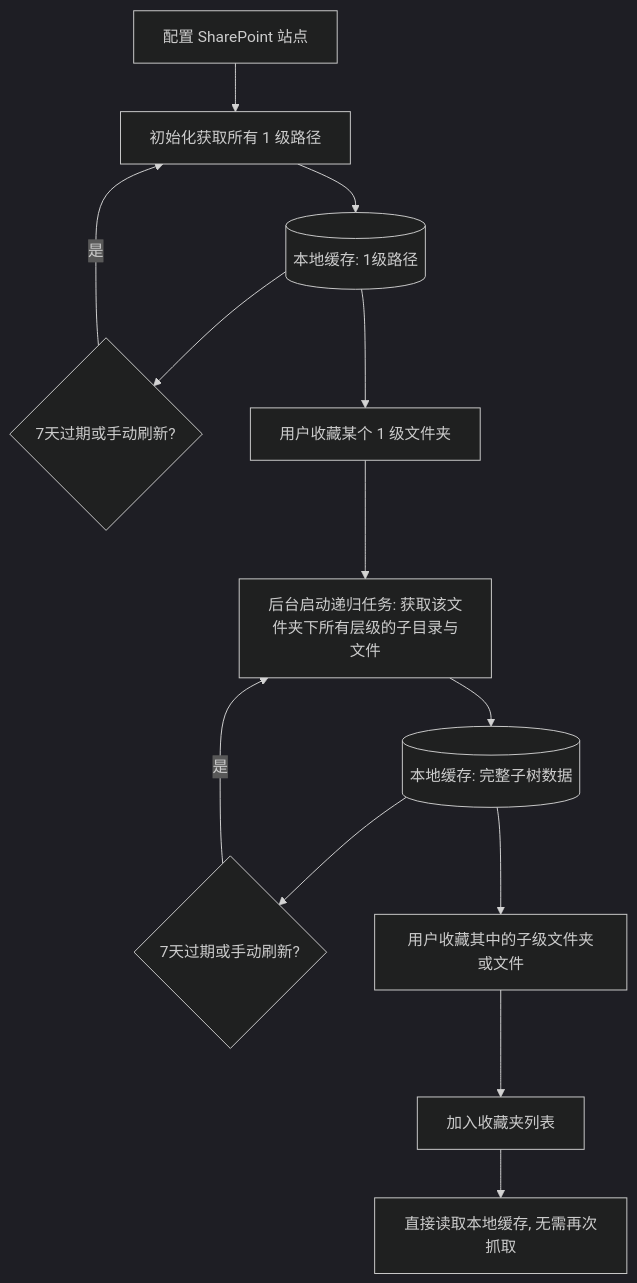
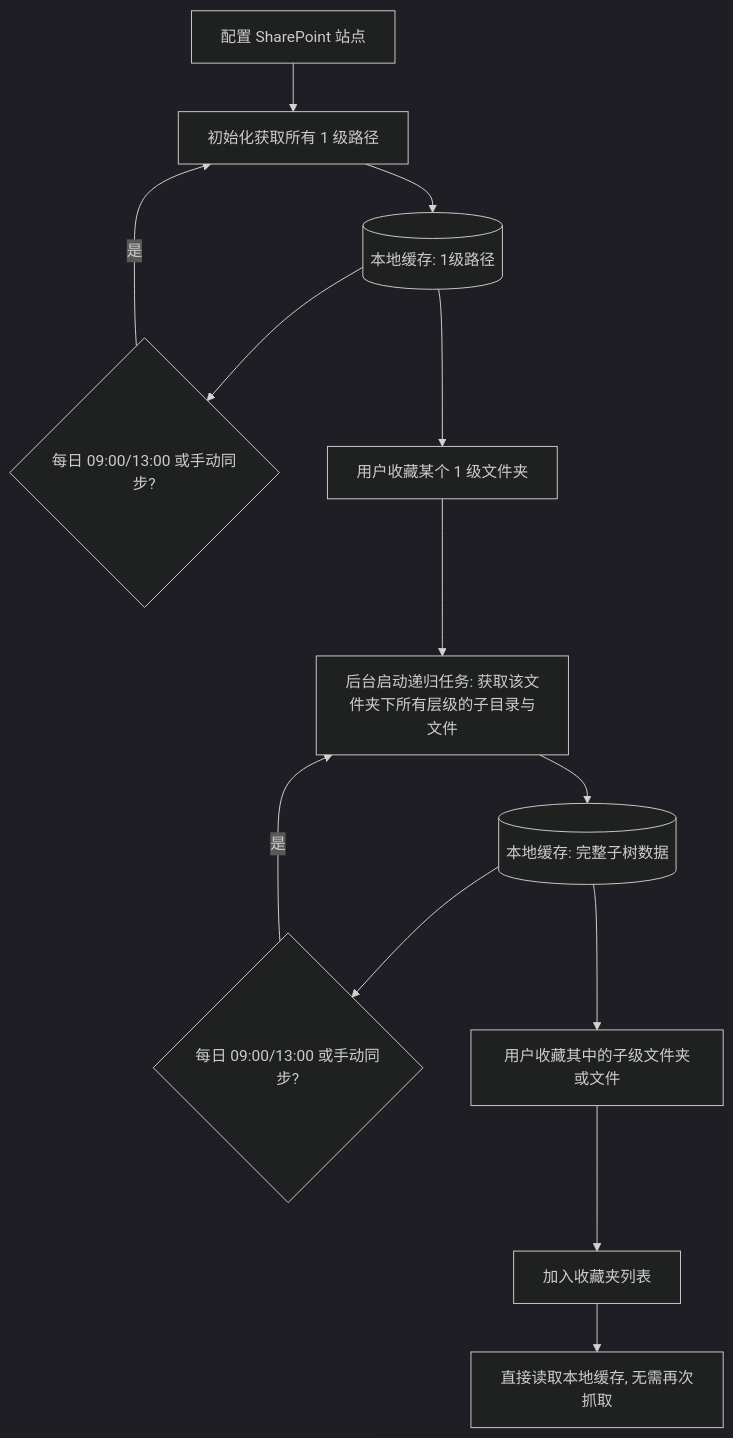
One commit to OKjustthisone/sharepointmap changed the diagram in PRD.md. Above: the diagram before and after it, drawn with Mermaid (dark theme). The commit also changed other lines of this file and 5 other files, not shown here.

````diff
--- a/PRD.md
+++ b/PRD.md
@@ -40,17 +40,17 @@
 ```mermaid
 graph TD
     A[配置 SharePoint 站点] --> B[初始化获取所有 1 级路径]
     B --> C[(本地缓存: 1级路径)]
-    C --> D{7天过期或手动刷新?}
+    C --> D{每日 09:00/13:00 或手动同步?}
     D -- 是 --> B
     
     C --> E[用户收藏某个 1 级文件夹]
     E --> F[后台启动递归任务: 获取该文件夹下所有层级的子目录与文件]
     F --> G[(本地缓存: 完整子树数据)]
-    G --> H{7天过期或手动刷新?}
+    G --> H{每日 09:00/13:00 或手动同步?}
     H -- 是 --> F
     
     G --> I[用户收藏其中的子级文件夹或文件]
     I --> J[加入收藏夹列表]
     J --> K[直接读取本地缓存, 无需再次抓取]
 ```
````
